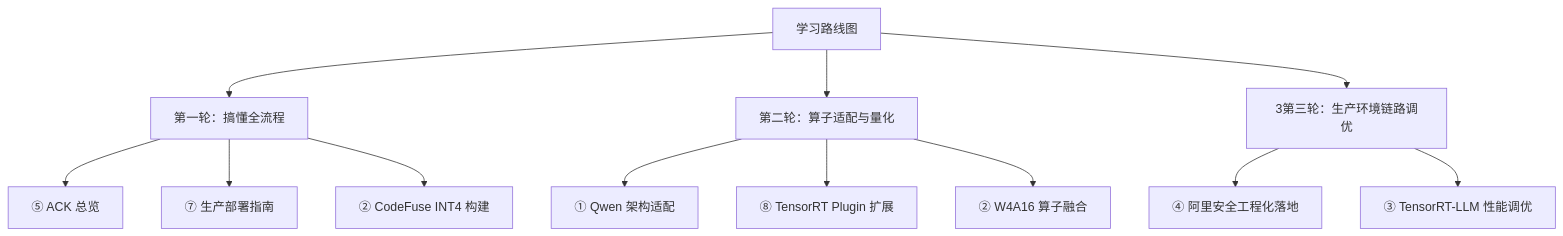
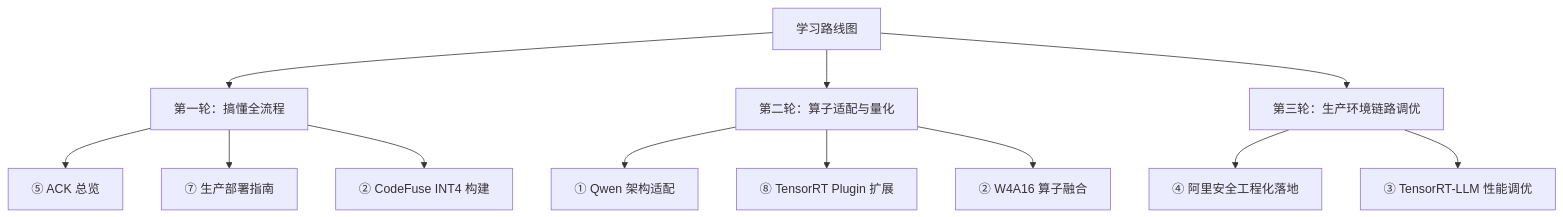
One commit to xiejing-dohu/from_0_to_1_aiinfrallm changed the diagram in 8_TensorRT_LLM完整实战博客与算子适配指南.md. Above: the diagram before and after it, drawn with Mermaid. The commit also changed other lines of this file, not shown here.

````diff
--- a/8_TensorRT_LLM完整实战博客与算子适配指南.md
+++ b/8_TensorRT_LLM完整实战博客与算子适配指南.md
@@ -118,17 +131,17 @@
 ```mermaid
 graph TD
     A[学习路线图] --> B[第一轮：搞懂全流程]
     A --> C[第二轮：算子适配与量化]
-    A --> D[3第三轮：生产环境链路调优]
+    A --> D[第三轮：生产环境链路调优]
 
     B --> B1[⑤ ACK 总览]
     B --> B2[⑦ 生产部署指南]
     B --> B3[② CodeFuse INT4 构建]
 
     C --> C1[① Qwen 架构适配]
     C --> C2[⑧ TensorRT Plugin 扩展]
     C --> C3[② W4A16 算子融合]
 
     D --> D1[④ 阿里安全工程化落地]
     D --> D2[③ TensorRT-LLM 性能调优]
 ```
````
